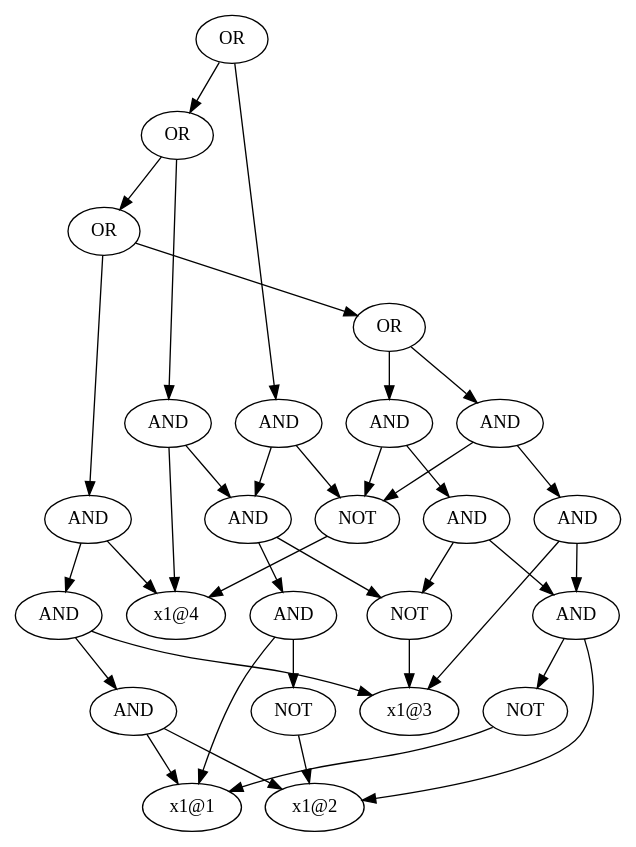
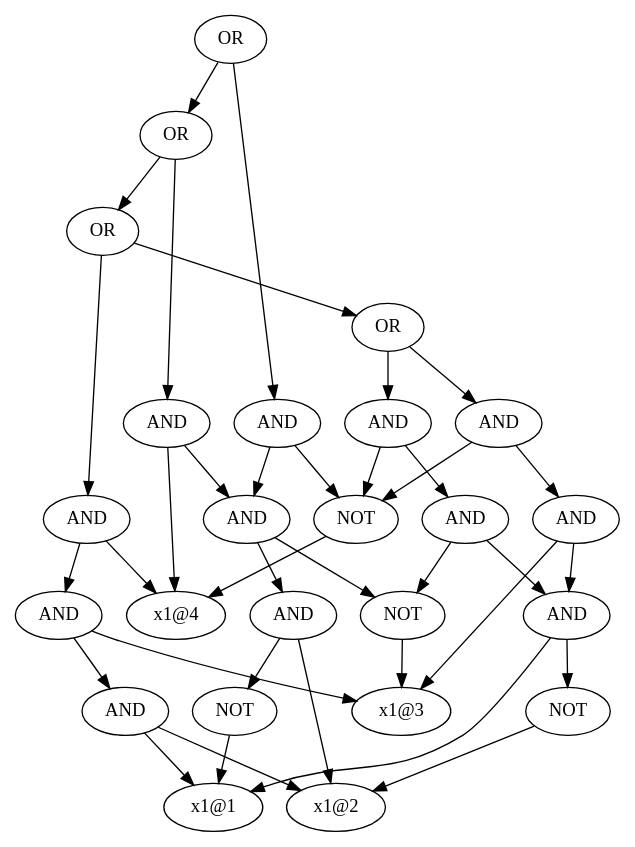
Before and after one commit to toda-lab/pygplib: the diagram in data/t2.dot, drawn with Graphviz. The commit also changed 11 other files, not shown here.

```diff
--- a/data/t2.dot
+++ b/data/t2.dot
@@ -1,62 +1,62 @@
 digraph output {
-	140554792031952 [label = OR]
-	140554792031856 [label = OR]
-	140554792031712 [label = OR]
-	140554792031616 [label = OR]
-	140554792030560 [label = AND]
-	140554792030464 [label = AND]
-	140554792030368 [label = AND]
-	140554785406784 [label = NOT]
-	140554791937168 [label = "x1@1"]
-	140554785406784 -> 140554791937168
-	140554791939808 [label = "x1@2"]
-	140554792030368 -> 140554785406784
-	140554792030368 -> 140554791939808
-	140554791939376 [label = "x1@3"]
-	140554792030464 -> 140554792030368
-	140554792030464 -> 140554791939376
-	140554785406928 [label = NOT]
-	140554791938368 [label = "x1@4"]
-	140554785406928 -> 140554791938368
-	140554792030560 -> 140554792030464
-	140554792030560 -> 140554785406928
-	140554792030848 [label = AND]
-	140554792030800 [label = AND]
-	140554785406640 [label = NOT]
-	140554785406640 -> 140554791939376
-	140554792030800 -> 140554792030368
-	140554792030800 -> 140554785406640
-	140554792030848 -> 140554792030800
-	140554792030848 -> 140554785406928
-	140554792031616 -> 140554792030560
-	140554792031616 -> 140554792030848
-	140554792031136 [label = AND]
-	140554792031088 [label = AND]
-	140554792030992 [label = AND]
-	140554792030992 -> 140554791937168
-	140554792030992 -> 140554791939808
-	140554792031088 -> 140554792030992
-	140554792031088 -> 140554791939376
-	140554792031136 -> 140554792031088
-	140554792031136 -> 140554791938368
-	140554792031712 -> 140554792031616
-	140554792031712 -> 140554792031136
-	140554792031520 [label = AND]
-	140554792031424 [label = AND]
-	140554792031232 [label = AND]
-	140554792031280 [label = NOT]
-	140554792031280 -> 140554791939808
-	140554792031232 -> 140554791937168
-	140554792031232 -> 140554792031280
-	140554792031424 -> 140554792031232
-	140554792031424 -> 140554785406640
-	140554792031520 -> 140554792031424
-	140554792031520 -> 140554791938368
-	140554792031856 -> 140554792031712
-	140554792031856 -> 140554792031520
-	140554792031568 [label = AND]
-	140554792031568 -> 140554792031424
-	140554792031568 -> 140554785406928
-	140554792031952 -> 140554792031856
-	140554792031952 -> 140554792031568
+	140636829262368 [label = OR]
+	140636829262272 [label = OR]
+	140636829262128 [label = OR]
+	140636829248144 [label = OR]
+	140636829248624 [label = AND]
+	140636829248528 [label = AND]
+	140636829248432 [label = AND]
+	140636835952240 [label = "x1@1"]
+	140636829248288 [label = NOT]
+	140636835952192 [label = "x1@2"]
+	140636829248288 -> 140636835952192
+	140636829248432 -> 140636835952240
+	140636829248432 -> 140636829248288
+	140636835953680 [label = "x1@3"]
+	140636829248528 -> 140636829248432
+	140636829248528 -> 140636835953680
+	140636829248384 [label = NOT]
+	140636835953872 [label = "x1@4"]
+	140636829248384 -> 140636835953872
+	140636829248624 -> 140636829248528
+	140636829248624 -> 140636829248384
+	140636829248912 [label = AND]
+	140636829248864 [label = AND]
+	140636829248672 [label = NOT]
+	140636829248672 -> 140636835953680
+	140636829248864 -> 140636829248432
+	140636829248864 -> 140636829248672
+	140636829248912 -> 140636829248864
+	140636829248912 -> 140636829248384
+	140636829248144 -> 140636829248624
+	140636829248144 -> 140636829248912
+	140636829249200 [label = AND]
+	140636829249152 [label = AND]
+	140636829249056 [label = AND]
+	140636829249056 -> 140636835952240
+	140636829249056 -> 140636835952192
+	140636829249152 -> 140636829249056
+	140636829249152 -> 140636835953680
+	140636829249200 -> 140636829249152
+	140636829249200 -> 140636835953872
+	140636829262128 -> 140636829248144
+	140636829262128 -> 140636829249200
+	140636829261936 [label = AND]
+	140636829249488 [label = AND]
+	140636829249296 [label = AND]
+	140636829249344 [label = NOT]
+	140636829249344 -> 140636835952240
+	140636829249296 -> 140636829249344
+	140636829249296 -> 140636835952192
+	140636829249488 -> 140636829249296
+	140636829249488 -> 140636829248672
+	140636829261936 -> 140636829249488
+	140636829261936 -> 140636835953872
+	140636829262272 -> 140636829262128
+	140636829262272 -> 140636829261936
+	140636829262080 [label = AND]
+	140636829262080 -> 140636829249488
+	140636829262080 -> 140636829248384
+	140636829262368 -> 140636829262272
+	140636829262368 -> 140636829262080
 }
```
